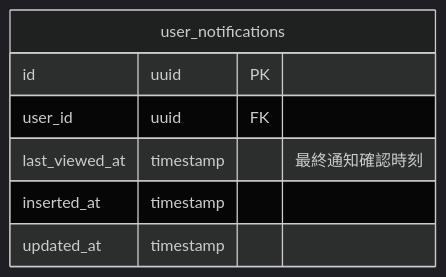
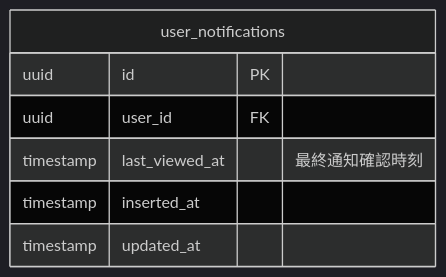
Before and after one commit to bright-org/bright: the third of 7 diagrams in docs/conceptual_schemas/notifications.md, drawn with Mermaid (dark theme). The commit also changed other lines of this file, not shown here.

````diff
--- a/docs/conceptual_schemas/notifications.md
+++ b/docs/conceptual_schemas/notifications.md
@@ -104,10 +104,10 @@
 ```mermaid
 erDiagram
   user_notifications {
-    id uuid PK
-    user_id uuid FK
-    last_viewed_at timestamp "最終通知確認時刻"
-    inserted_at timestamp
-    updated_at timestamp
+    uuid id PK
+    uuid user_id FK
+    timestamp last_viewed_at "最終通知確認時刻"
+    timestamp inserted_at
+    timestamp updated_at
   }
 ```
````
